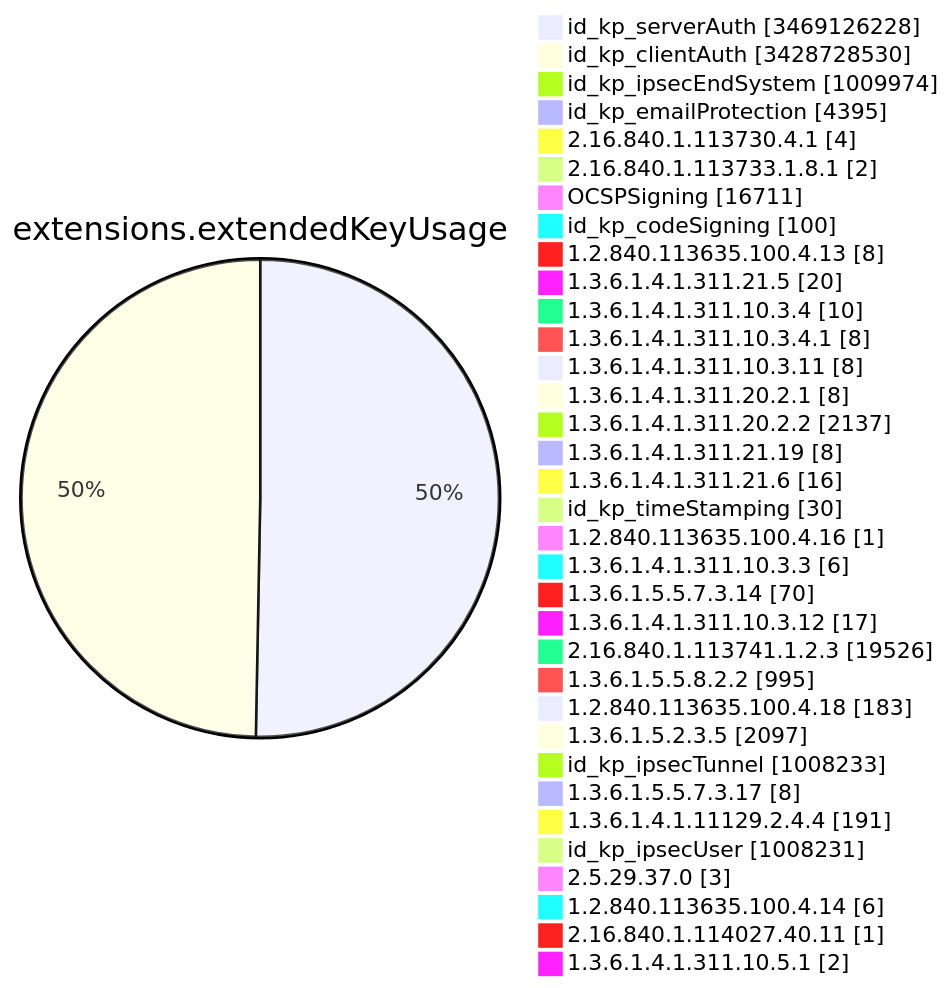
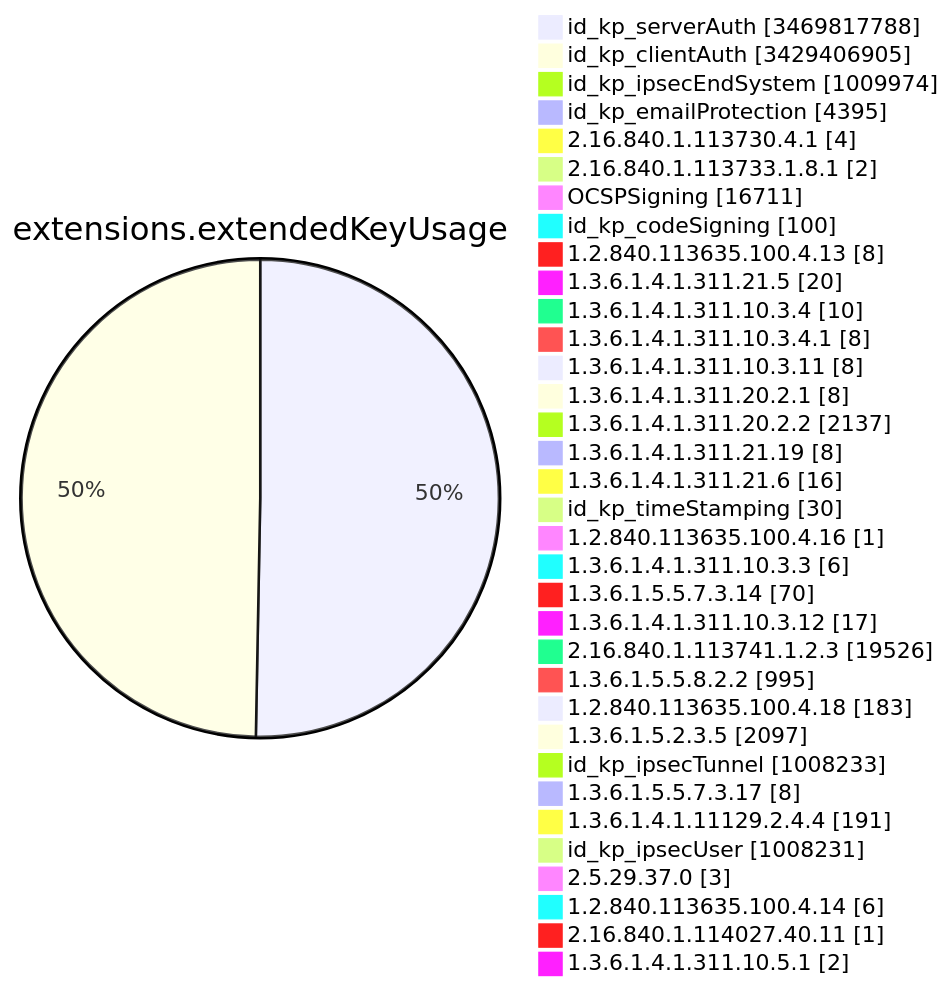
Diagram 11 of 15 in TOTAL/README.md (christiankrug/ctmonitor_visualization), drawn with Mermaid before and after one commit. The commit also changed other lines of this file, not shown here.

````diff
--- a/TOTAL/README.md
+++ b/TOTAL/README.md
@@ -4123,38 +4123,38 @@
 ```mermaid
 pie showData
 title extensions.extendedKeyUsage
-"id_kp_serverAuth" :3469126228
-"id_kp_clientAuth" :3428728530
+"id_kp_serverAuth" :3469817788
+"id_kp_clientAuth" :3429406905
 "id_kp_ipsecEndSystem" :1009974
 "id_kp_emailProtection" :4395
 "2.16.840.1.113730.4.1" :4
 "2.16.840.1.113733.1.8.1" :2
 "OCSPSigning" :16711
 "id_kp_codeSigning" :100
 "1.2.840.113635.100.4.13" :8
 "1.3.6.1.4.1.311.21.5" :20
 "1.3.6.1.4.1.311.10.3.4" :10
 "1.3.6.1.4.1.311.10.3.4.1" :8
 "1.3.6.1.4.1.311.10.3.11" :8
 "1.3.6.1.4.1.311.20.2.1" :8
 "1.3.6.1.4.1.311.20.2.2" :2137
 "1.3.6.1.4.1.311.21.19" :8
 "1.3.6.1.4.1.311.21.6" :16
 "id_kp_timeStamping" :30
 "1.2.840.113635.100.4.16" :1
 "1.3.6.1.4.1.311.10.3.3" :6
 "1.3.6.1.5.5.7.3.14" :70
 "1.3.6.1.4.1.311.10.3.12" :17
 "2.16.840.1.113741.1.2.3" :19526
 "1.3.6.1.5.5.8.2.2" :995
 "1.2.840.113635.100.4.18" :183
 "1.3.6.1.5.2.3.5" :2097
 "id_kp_ipsecTunnel" :1008233
 "1.3.6.1.5.5.7.3.17" :8
 "1.3.6.1.4.1.11129.2.4.4" :191
 "id_kp_ipsecUser" :1008231
 "2.5.29.37.0" :3
 "1.2.840.113635.100.4.14" :6
 "2.16.840.1.114027.40.11" :1
 "1.3.6.1.4.1.311.10.5.1" :2
 ```
````
